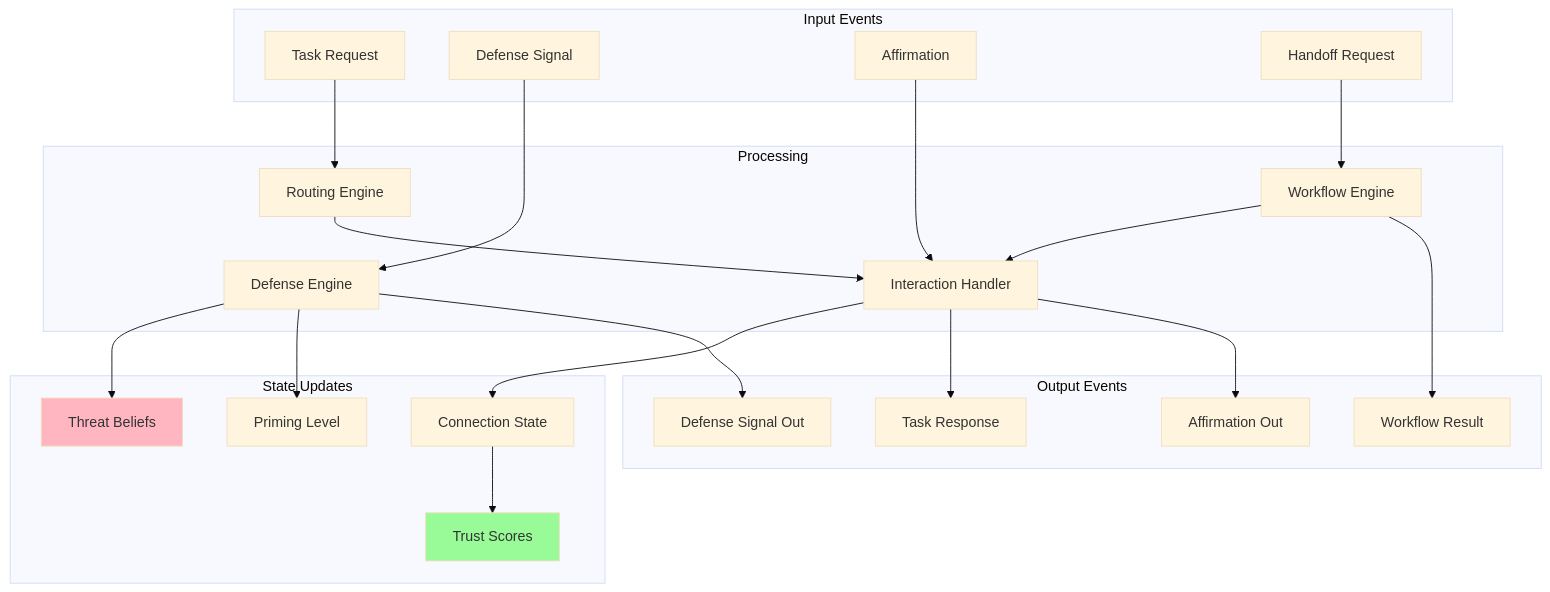
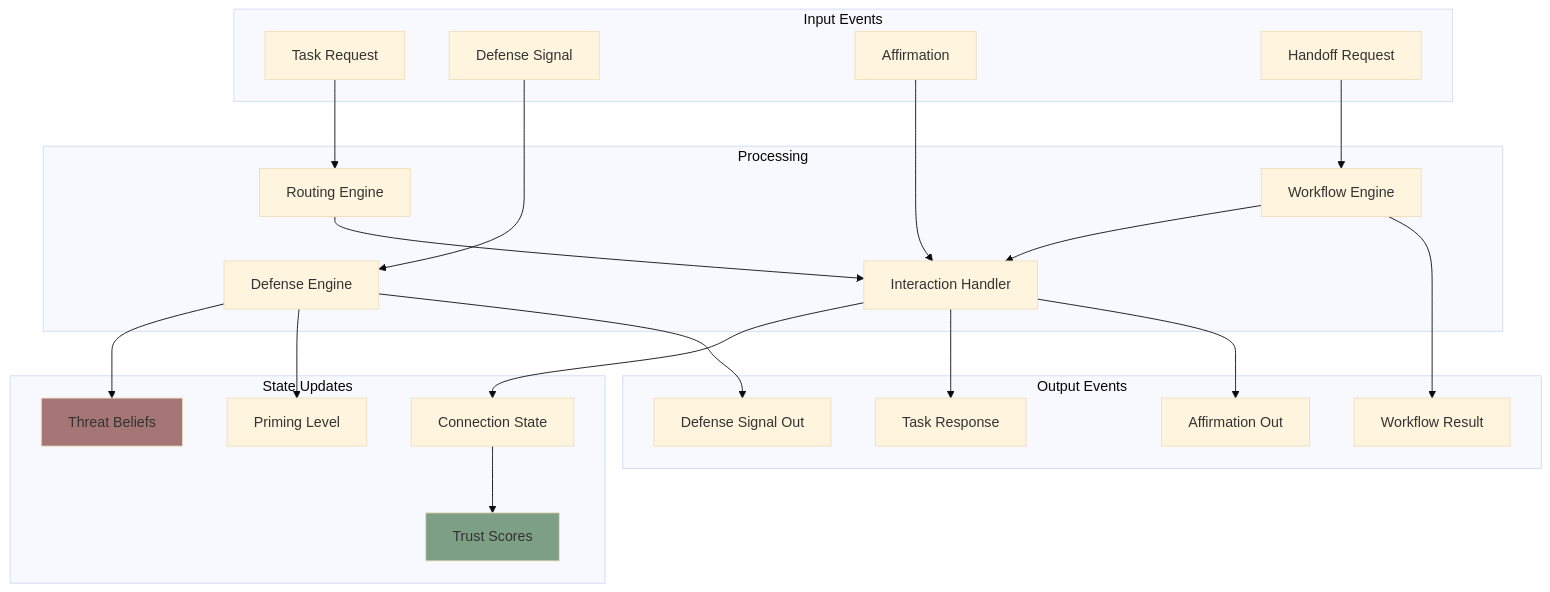
Diagram 15 of 15 in docs/architecture/data-flow.md (ScopeCreep-zip/Symbiont), drawn with Mermaid (base theme) before and after one commit. The commit also changed other lines of this file and 17 other files, not shown here.

Commit message:
update to diagram colors

````diff
--- a/docs/architecture/data-flow.md
+++ b/docs/architecture/data-flow.md
@@ -577,51 +577,51 @@
 ```mermaid
 graph TB
     subgraph "Input Events"
         TASK[Task Request]
         SIGNAL[Defense Signal]
         AFF[Affirmation]
         HANDOFF[Handoff Request]
     end
 
     subgraph "Processing"
         ROUTE[Routing Engine]
         INTERACT[Interaction Handler]
         DEFENSE[Defense Engine]
         WORKFLOW[Workflow Engine]
     end
 
     subgraph "State Updates"
         CONN[Connection State]
         TRUST[Trust Scores]
         BELIEF[Threat Beliefs]
         PRIME[Priming Level]
     end
 
     subgraph "Output Events"
         RESP[Task Response]
         OUT_SIG[Defense Signal Out]
         OUT_AFF[Affirmation Out]
         RESULT[Workflow Result]
     end
 
     TASK --> ROUTE
     ROUTE --> INTERACT
     INTERACT --> CONN
     CONN --> TRUST
     INTERACT --> RESP
     INTERACT --> OUT_AFF
 
     SIGNAL --> DEFENSE
     DEFENSE --> BELIEF
     DEFENSE --> PRIME
     DEFENSE --> OUT_SIG
 
     AFF --> INTERACT
 
     HANDOFF --> WORKFLOW
     WORKFLOW --> INTERACT
     WORKFLOW --> RESULT
 
-    style TRUST fill:#98FB98
-    style BELIEF fill:#FFB6C1
+    style TRUST fill:#7d9f85
+    style BELIEF fill:#a67676
 ```
````
